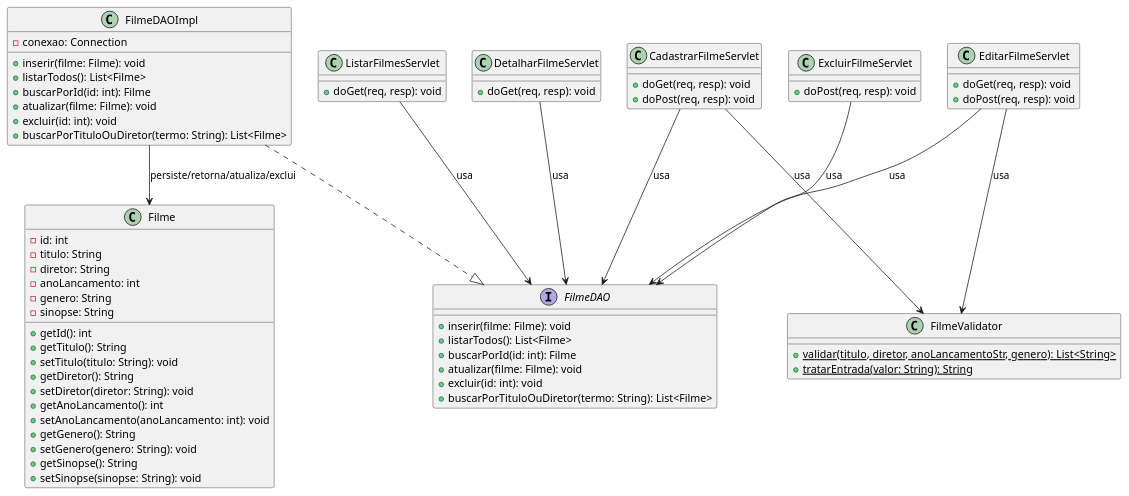
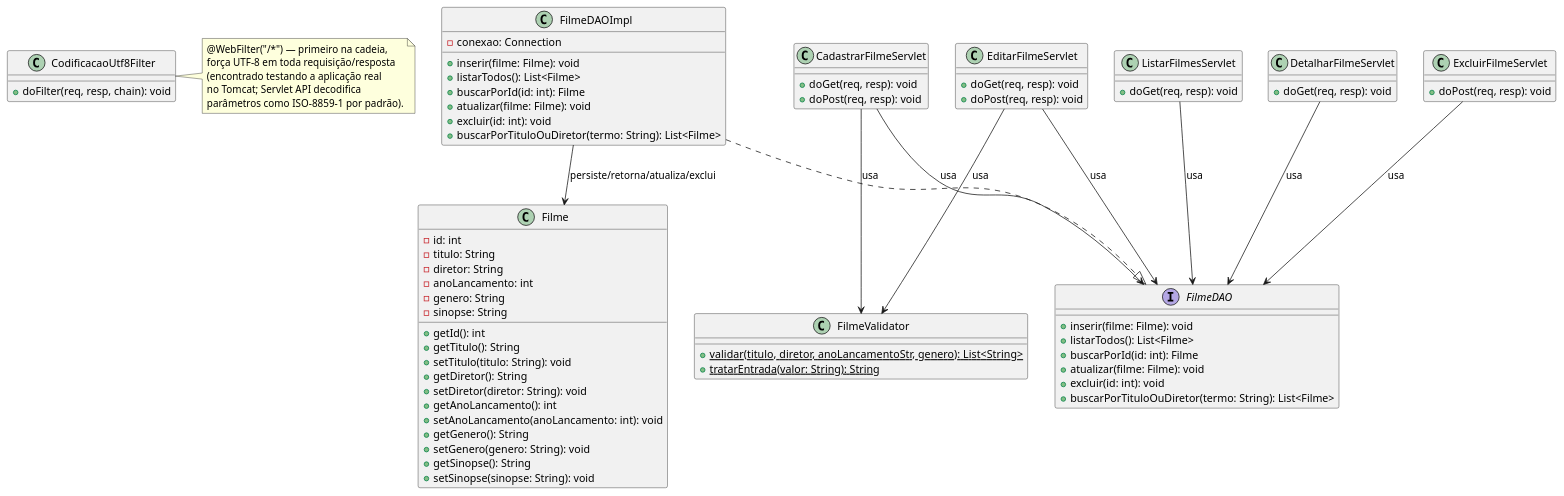
Before and after one commit to 0xgabinio/Projeto_Java: the diagram in docs/modelagem/diagrama-classes-geral.puml, drawn with PlantUML.

Commit message:
docs(modelagem): add CodificacaoUtf8Filter to class diagram

```diff
--- a/docs/modelagem/diagrama-classes-geral.puml
+++ b/docs/modelagem/diagrama-classes-geral.puml
@@ -1,83 +1,94 @@
 @startuml diagrama-classes-geral
 ' Diagrama de classes consolidado do Catálogo Simples de Filmes.
 ' Acumulado incrementalmente pela skill modelar-uml a cada spec modelada.
 ' Origem desta versão: specs/cadastrar-filme.md, specs/listar-filmes.md, specs/detalhar-filme.md,
 ' specs/editar-filme.md, specs/excluir-filme.md, specs/buscar-filme.md.
 
 class Filme {
   -id: int
   -titulo: String
   -diretor: String
   -anoLancamento: int
   -genero: String
   -sinopse: String
   +getId(): int
   +getTitulo(): String
   +setTitulo(titulo: String): void
   +getDiretor(): String
   +setDiretor(diretor: String): void
   +getAnoLancamento(): int
   +setAnoLancamento(anoLancamento: int): void
   +getGenero(): String
   +setGenero(genero: String): void
   +getSinopse(): String
   +setSinopse(sinopse: String): void
 }
 
 interface FilmeDAO {
   +inserir(filme: Filme): void
   +listarTodos(): List<Filme>
   +buscarPorId(id: int): Filme
   +atualizar(filme: Filme): void
   +excluir(id: int): void
   +buscarPorTituloOuDiretor(termo: String): List<Filme>
 }
 
 class FilmeDAOImpl {
   -conexao: Connection
   +inserir(filme: Filme): void
   +listarTodos(): List<Filme>
   +buscarPorId(id: int): Filme
   +atualizar(filme: Filme): void
   +excluir(id: int): void
   +buscarPorTituloOuDiretor(termo: String): List<Filme>
 }
 
 class CadastrarFilmeServlet {
   +doGet(req, resp): void
   +doPost(req, resp): void
 }
 
 class ListarFilmesServlet {
   +doGet(req, resp): void
 }
 
 class DetalharFilmeServlet {
   +doGet(req, resp): void
 }
 
 class EditarFilmeServlet {
   +doGet(req, resp): void
   +doPost(req, resp): void
 }
 
 class ExcluirFilmeServlet {
   +doPost(req, resp): void
 }
 
 class FilmeValidator {
   +{static} validar(titulo, diretor, anoLancamentoStr, genero): List<String>
   +{static} tratarEntrada(valor: String): String
 }
 
+class CodificacaoUtf8Filter {
+  +doFilter(req, resp, chain): void
+}
+note right of CodificacaoUtf8Filter
+  @WebFilter("/*") — primeiro na cadeia,
+  força UTF-8 em toda requisição/resposta
+  (encontrado testando a aplicação real
+  no Tomcat; Servlet API decodifica
+  parâmetros como ISO-8859-1 por padrão).
+end note
+
 FilmeDAOImpl ..|> FilmeDAO
 CadastrarFilmeServlet --> FilmeDAO : usa
 CadastrarFilmeServlet --> FilmeValidator : usa
 ListarFilmesServlet --> FilmeDAO : usa
 DetalharFilmeServlet --> FilmeDAO : usa
 EditarFilmeServlet --> FilmeDAO : usa
 EditarFilmeServlet --> FilmeValidator : usa
 ExcluirFilmeServlet --> FilmeDAO : usa
 FilmeDAOImpl --> Filme : persiste/retorna/atualiza/exclui
 
 @enduml
```
